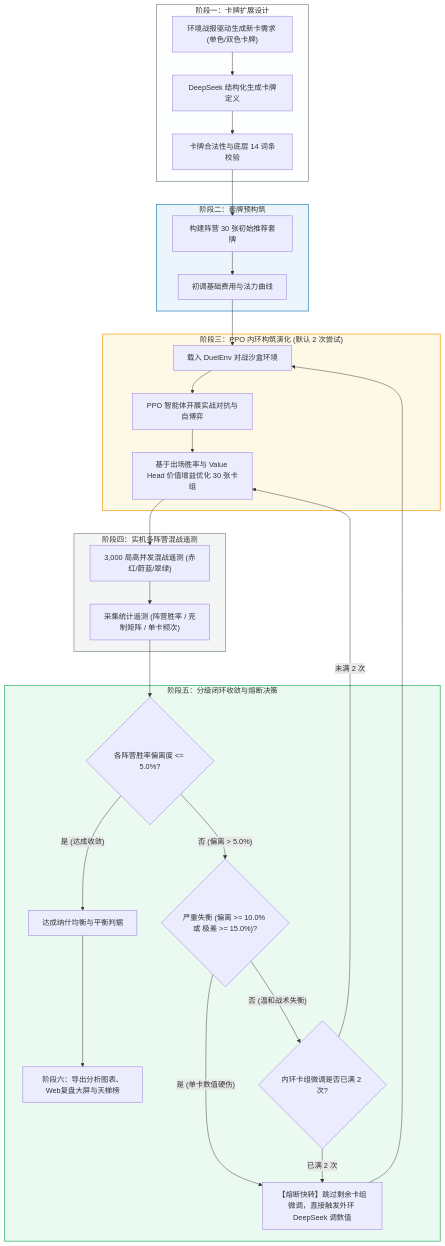
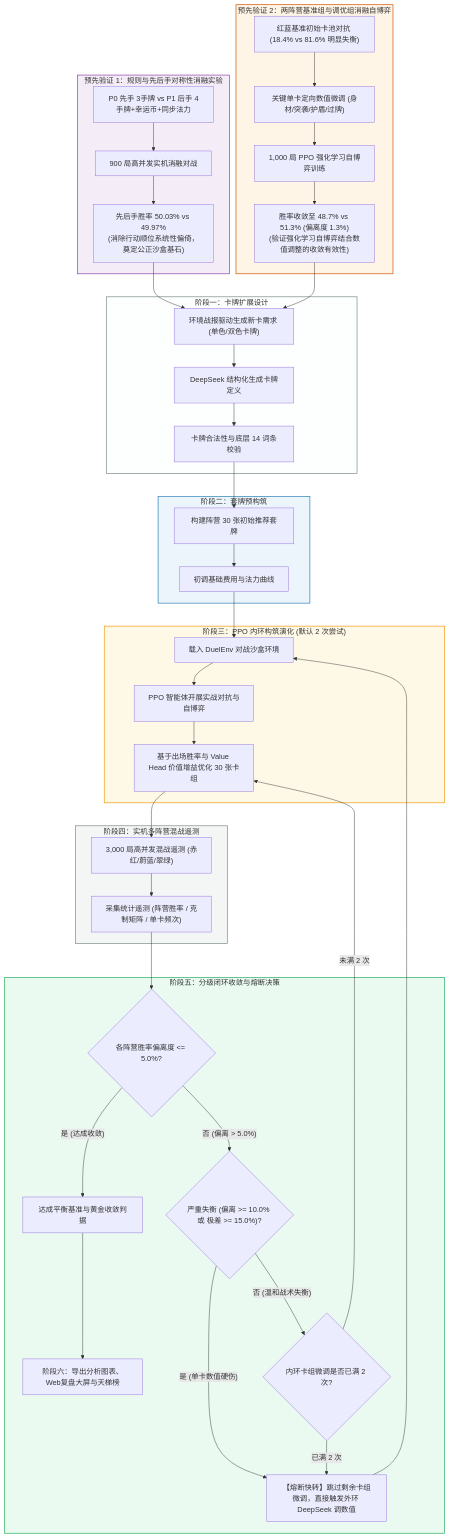
One commit to zipad0207/tcg-ai-1.0 changed the diagram in README.md. Above: the diagram before and after it, drawn with Mermaid. The commit also changed other lines of this file and 6 other files, not shown here.

Commit message:
流程图加入预先基准消融测试，修复大屏随从法术统计与单卡构筑推荐文案

````diff
--- a/README.md
+++ b/README.md
@@ -48,43 +51,58 @@
 ```mermaid
 flowchart TD
+    subgraph P1 ["预先验证 1：规则与先后手对称性消融实验"]
+        PRE1["P0 先手 3手牌 vs P1 后手 4手牌+幸运币+同步法力"] --> PRE2["900 局高并发实机消融对战"]
+        PRE2 --> PRE3["先后手胜率 50.03% vs 49.97%<br/>(消除行动顺位系统性偏倚，奠定公正沙盒基石)"]
+    end
+
+    subgraph P2 ["预先验证 2：两阵营基准组与调优组消融自博弈"]
+        PRE4["红蓝基准初始卡池对抗 (18.4% vs 81.6% 明显失衡)"] --> PRE5["关键单卡定向数值微调 (身材/突袭/护盾/过牌)"]
+        PRE5 --> PRE6["1,000 局 PPO 强化学习自博弈训练"]
+        PRE6 --> PRE7["胜率收敛至 48.7% vs 51.3% (偏离度 1.3%)<br/>(验证强化学习自博弈结合数值调整的收敛有效性)"]
+    end
+
+    PRE3 & PRE7 --> A1
+
     subgraph S1 ["阶段一：卡牌扩展设计"]
         A1["环境战报驱动生成新卡需求 (单色/双色卡牌)"] --> A2["DeepSeek 结构化生成卡牌定义"]
         A2 --> A3["卡牌合法性与底层 14 词条校验"]
     end
 
     subgraph S2 ["阶段二：套牌预构筑"]
         A3 --> B1["构建阵营 30 张初始推荐套牌"]
         B1 --> B2["初调基础费用与法力曲线"]
     end
 
     subgraph S3 ["阶段三：PPO 内环构筑演化 (默认 2 次尝试)"]
         B2 --> C1["载入 DuelEnv 对战沙盒环境"]
         C1 --> C2["PPO 智能体开展实战对抗与自博弈"]
         C2 --> C3["基于出场胜率与 Value Head 价值增益优化 30 张卡组"]
     end
 
     subgraph S4 ["阶段四：实机多阵营混战遥测"]
         C3 --> D1["3,000 局高并发混战遥测 (赤红/蔚蓝/翠绿)"]
         D1 --> D2["采集统计遥测 (阵营胜率 / 克制矩阵 / 单卡频次)"]
     end
 
     subgraph S5 ["阶段五：分级闭环收敛与熔断决策"]
         D2 --> E1{"各阵营胜率偏离度 <= 5.0%?"}
         
-        E1 -- "是 (达成收敛)" --> G1["达成纳什均衡与平衡判据"]
+        E1 -- "是 (达成收敛)" --> G1["达成平衡基准与黄金收敛判据"]
         G1 --> G2["阶段六：导出分析图表、Web复盘大屏与天梯榜"]
 
         E1 -- "否 (偏离 > 5.0%)" --> E2{"严重失衡 (偏离 >= 10.0% 或 极差 >= 15.0%)?"}
         E2 -- "是 (单卡数值硬伤)" --> F1["【熔断快转】跳过剩余卡组微调，直接触发外环 DeepSeek 调数值"]
         E2 -- "否 (温和战术失衡)" --> E3{"内环卡组微调是否已满 2 次?"}
         E3 -- "未满 2 次" --> C3
         E3 -- "已满 2 次" --> F1
         F1 --> C1
     end
 
+    style P1 fill:#f4ecf7,stroke:#8e44ad,stroke-width:1.5px
+    style P2 fill:#fef5e7,stroke:#d35400,stroke-width:1.5px
     style S1 fill:#fdfefe,stroke:#7f8c8d,stroke-width:1.5px
     style S2 fill:#ebf5fb,stroke:#2980b9,stroke-width:1.5px
     style S3 fill:#fef9e7,stroke:#f39c12,stroke-width:1.5px
     style S4 fill:#f4f6f6,stroke:#7f8c8d,stroke-width:1.5px
     style S5 fill:#eafaf1,stroke:#27ae60,stroke-width:1.5px
 ```
````
